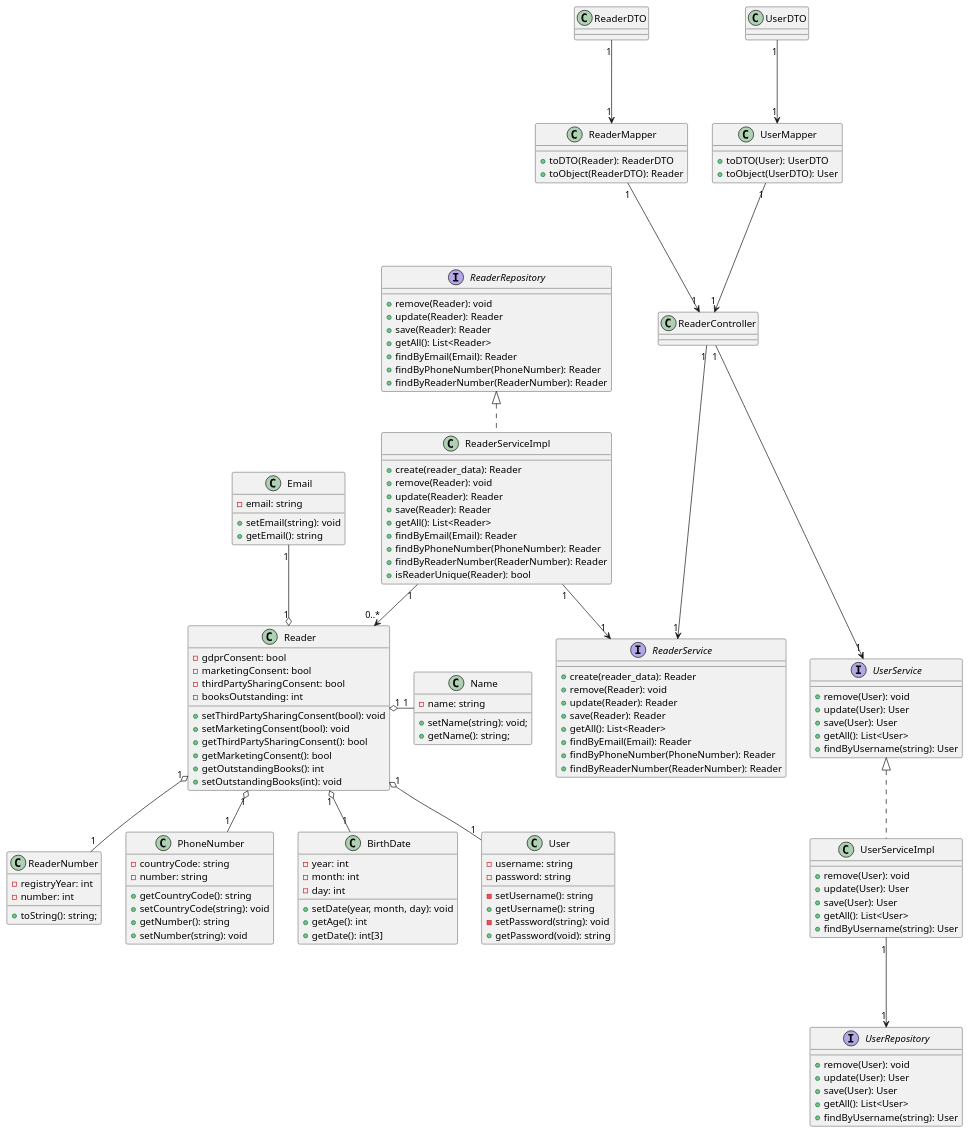
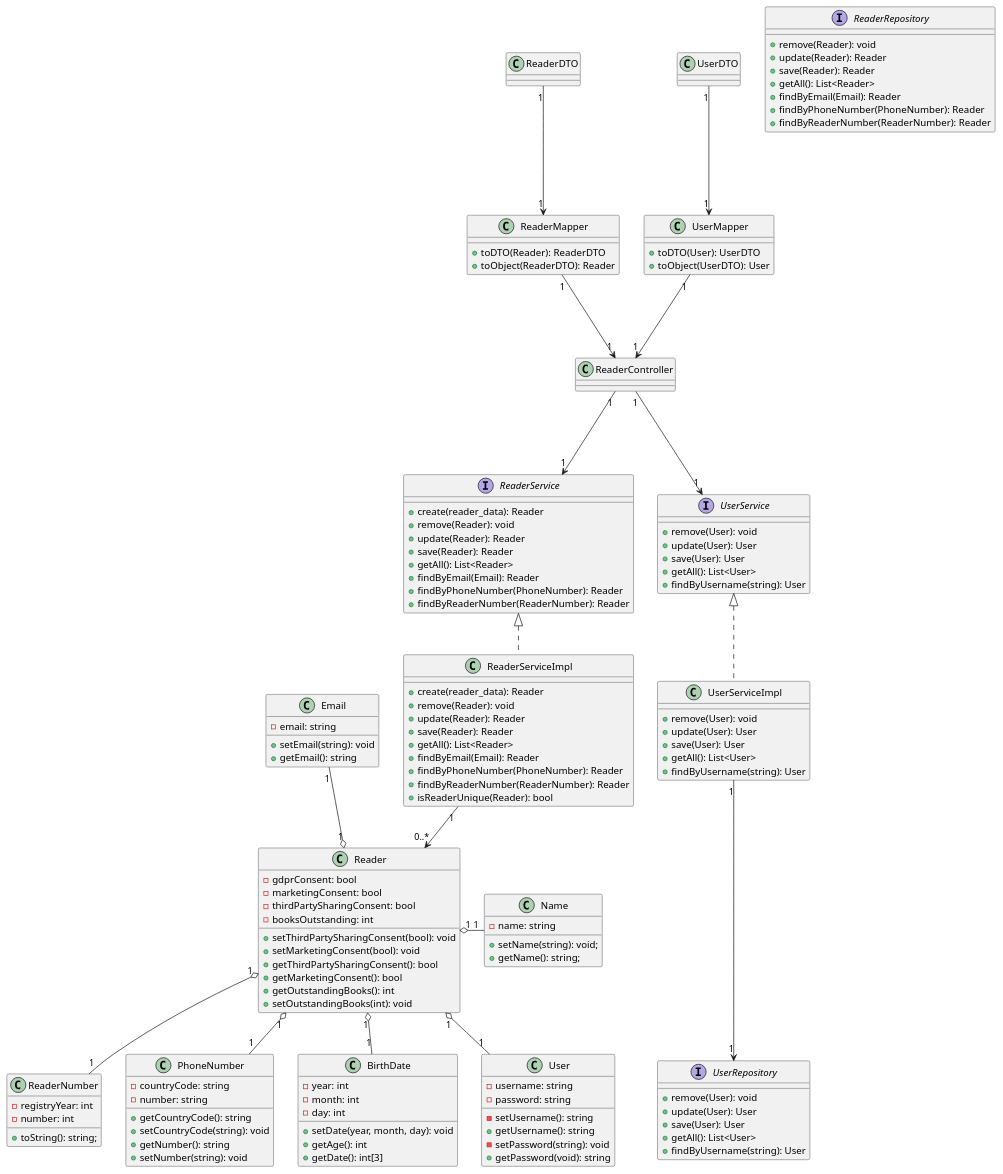
The diagram in Docs/Phase1/WP3A-Readers/WP3A-Readers-CD.puml (rutemf/1220944_1220772_G01), drawn with PlantUML before and after one commit. The commit also changed 8 other files, not shown here.

```diff
--- a/Docs/Phase1/WP3A-Readers/WP3A-Readers-CD.puml
+++ b/Docs/Phase1/WP3A-Readers/WP3A-Readers-CD.puml
@@ -1,165 +1,164 @@
 @startuml
 'https://plantuml.com/sequence-diagram
 
 interface ReaderRepository {
     + remove(Reader): void
     + update(Reader): Reader
     + save(Reader): Reader
     + getAll(): List<Reader>
     + findByEmail(Email): Reader
     + findByPhoneNumber(PhoneNumber): Reader
     + findByReaderNumber(ReaderNumber): Reader
 }
 
 /'class ReaderFactory {
     + create: Reader
 }'/
 
 interface ReaderService {
     + create(reader_data): Reader
     + remove(Reader): void
     + update(Reader): Reader
     + save(Reader): Reader
     + getAll(): List<Reader>
     + findByEmail(Email): Reader
     + findByPhoneNumber(PhoneNumber): Reader
     + findByReaderNumber(ReaderNumber): Reader
 }
 
-class ReaderServiceImpl implements ReaderRepository {
+class ReaderServiceImpl implements ReaderService {
     + create(reader_data): Reader
     + remove(Reader): void
     + update(Reader): Reader
     + save(Reader): Reader
     + getAll(): List<Reader>
     + findByEmail(Email): Reader
     + findByPhoneNumber(PhoneNumber): Reader
     + findByReaderNumber(ReaderNumber): Reader
     + isReaderUnique(Reader): bool
 }
 
 class ReaderController {
 }
 
 class Reader {
     - gdprConsent: bool
     - marketingConsent: bool
     - thirdPartySharingConsent: bool
     - booksOutstanding: int
     + setThirdPartySharingConsent(bool): void
     + setMarketingConsent(bool): void
     + getThirdPartySharingConsent(): bool
     + getMarketingConsent(): bool
     + getOutstandingBooks(): int
     /'Min: 0 | Max: 3'/
     + setOutstandingBooks(int): void
 }
 
 class Name {
     - name: string
     + setName(string): void;
     + getName(): string;
 }
 
 class ReaderNumber {
     - registryYear: int
     - number: int
     + toString(): string;
 }
 
 class Email {
     - email: string
     + setEmail(string): void
     + getEmail(): string
 }
 
 class PhoneNumber {
     - countryCode: string
     - number: string
     + getCountryCode(): string
     + setCountryCode(string): void
     + getNumber(): string
     + setNumber(string): void
 }
 
 class BirthDate {
     - year: int
     - month: int
     - day: int
     + setDate(year, month, day): void
     + getAge(): int
     + getDate(): int[3]
 }
 
 class User {
     - username: string
     /'TODO: Falta obter resposta do prof quando à alteração do username. Para já, fica o método como privado e é chamado unicamente no construtor'/
     - setUsername(): string
     + getUsername(): string
     - password: string
     /'TODO: Falta obter resposta do professor, no moodle, quando à possibilidade da password ser alterada pelo Reader. Método, para já, privado e chamado unicamente no construtor'/
     - setPassword(string): void
     + getPassword(void): string
 }
 
 interface UserRepository {
     + remove(User): void
     + update(User): User
     + save(User): User
     + getAll(): List<User>
     + findByUsername(string): User
 }
 
 interface UserService {
     + remove(User): void
     + update(User): User
     + save(User): User
     + getAll(): List<User>
     + findByUsername(string): User
 }
 
 class UserServiceImpl implements UserService {
     + remove(User): void
     + update(User): User
     + save(User): User
     + getAll(): List<User>
     + findByUsername(string): User
 }
 
 class ReaderMapper {
     + toDTO(Reader): ReaderDTO
     + toObject(ReaderDTO): Reader
 }
 
 class ReaderDTO {}
 
 class UserDTO {}
 
 class UserMapper {
     + toDTO(User): UserDTO
     + toObject(UserDTO): User
 }
 
 UserServiceImpl "1" ---> "1" UserRepository
 ReaderDTO "1" ---> "1" ReaderMapper
 
 ReaderMapper "1" ---> "1" ReaderController
 
 UserDTO "1" ---> "1" UserMapper
 UserMapper "1" ---> "1" ReaderController
 
 ReaderController "1" ---> "1" ReaderService
 ReaderController "1" ---> "1" UserService
 Reader "1" o-down- "1" User
 Reader "1" o- "1" Name
 Reader "1" o-down- "1" ReaderNumber
 Reader "1" o-up- "1" Email
 Reader "1" o-down- "1" PhoneNumber
 Reader "1" o-down- "1" BirthDate
 'ReaderFactory "1" -> "1" ReaderRepository
 'ReaderService "1" -up-> "1" ReaderFactory
 ReaderServiceImpl "1" --> "0..*" Reader
-ReaderServiceImpl "1" --> "1" ReaderService
 
 
 @enduml
```
